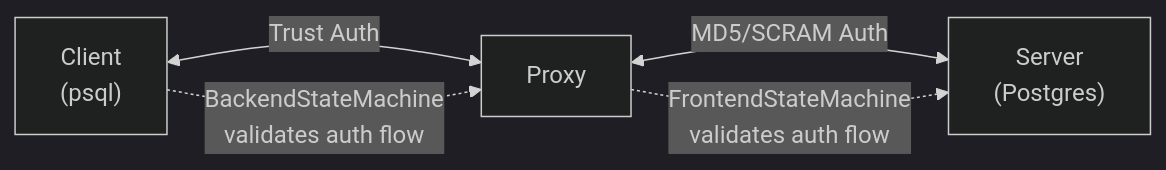
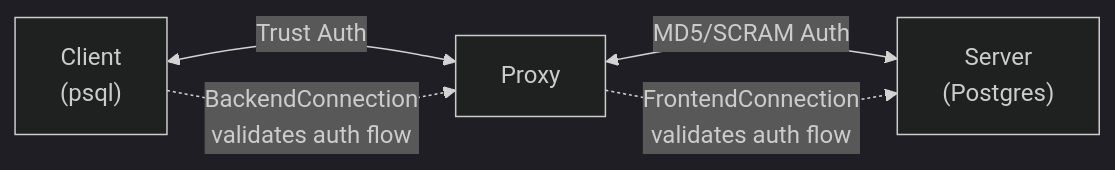
The first of 2 diagrams in docs/examples/auth-proxy.md (DHUKK/pygwire), drawn with Mermaid (dark theme) before and after one commit. The commit also changed other lines of this file and 14 other files, not shown here.

````diff
--- a/docs/examples/auth-proxy.md
+++ b/docs/examples/auth-proxy.md
@@ -33,12 +33,12 @@
 ```mermaid
 flowchart LR
     Client["Client<br/>(psql)"]
     Proxy["Proxy"]
     Server["Server<br/>(Postgres)"]
 
     Client <-->|Trust Auth| Proxy
     Proxy <-->|MD5/SCRAM Auth| Server
 
-    Client -.->|BackendStateMachine<br/>validates auth flow| Proxy
-    Proxy -.->|FrontendStateMachine<br/>validates auth flow| Server
+    Client -.->|BackendConnection<br/>validates auth flow| Proxy
+    Proxy -.->|FrontendConnection<br/>validates auth flow| Server
 ```
````
